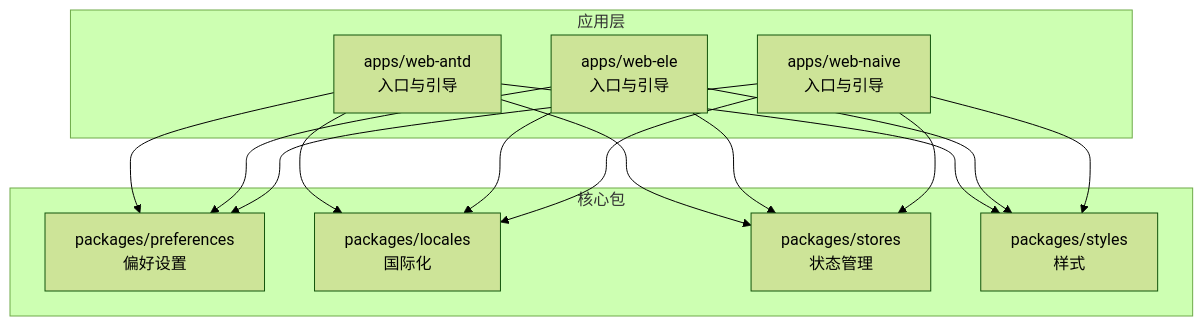
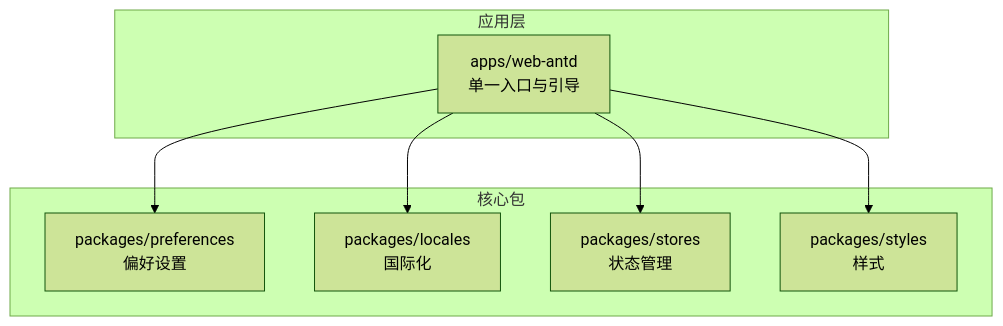
The first of 9 diagrams in .qoder/repowiki/zh/content/架构设计/应用架构/应用架构.md (liuyinzhong/hive), drawn with Mermaid (forest theme) before and after one commit. The commit also changed other lines of this file and 6 other files, not shown here.

````diff
--- a/.qoder/repowiki/zh/content/架构设计/应用架构/应用架构.md
+++ b/.qoder/repowiki/zh/content/架构设计/应用架构/应用架构.md
@@ -48,26 +52,16 @@
 ```mermaid
 graph TB
 subgraph "应用层"
-A1["apps/web-antd<br/>入口与引导"]
-A2["apps/web-ele<br/>入口与引导"]
-A3["apps/web-naive<br/>入口与引导"]
+A1["apps/web-antd<br/>单一入口与引导"]
 end
 subgraph "核心包"
 P1["packages/preferences<br/>偏好设置"]
 P2["packages/locales<br/>国际化"]
 P3["packages/stores<br/>状态管理"]
 P4["packages/styles<br/>样式"]
 end
 A1 --> P1
 A1 --> P2
 A1 --> P3
 A1 --> P4
-A2 --> P1
-A2 --> P2
-A2 --> P3
-A2 --> P4
-A3 --> P1
-A3 --> P2
-A3 --> P3
-A3 --> P4
 ```
````
